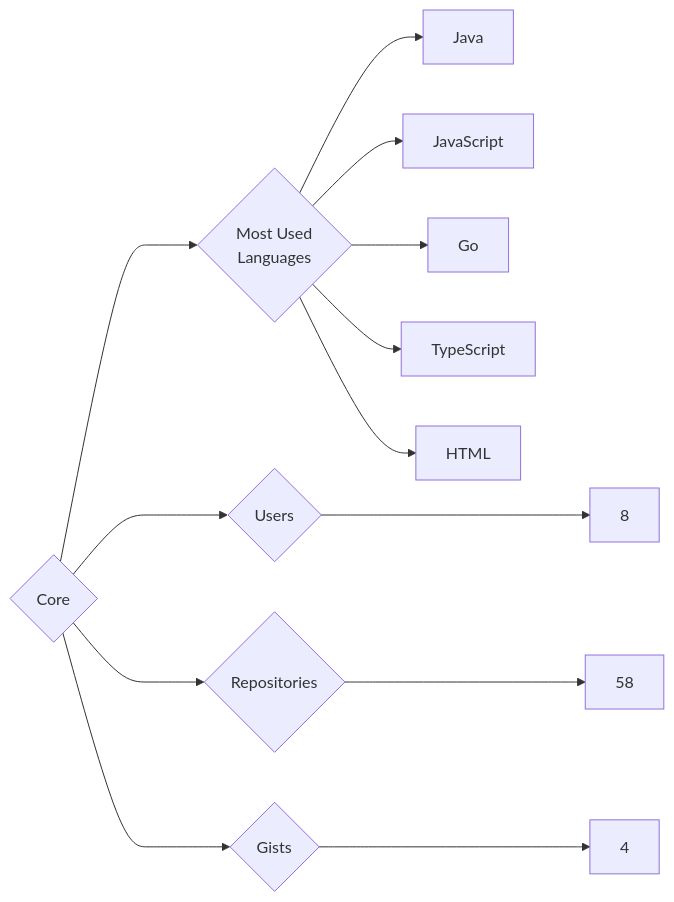
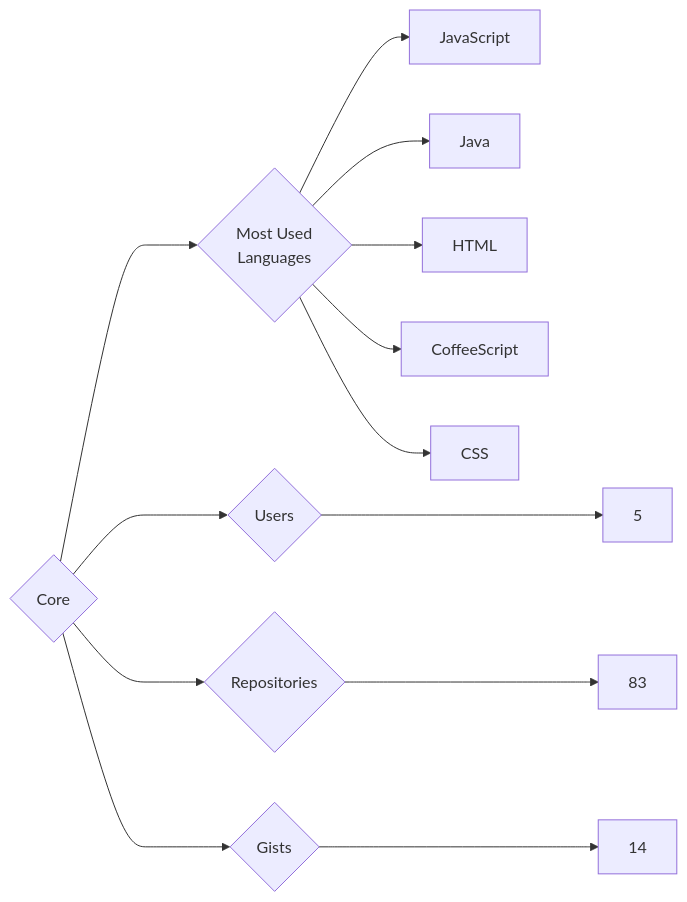
One commit to trickest/insiders changed the diagram in targets/Core/README.md. Above: the diagram before and after it, drawn with Mermaid. The commit also changed 1078 other files, not shown here.

````diff
--- a/targets/Core/README.md
+++ b/targets/Core/README.md
@@ -3,13 +3,13 @@
 ```mermaid
 graph LR
 COMPANY_NAME{Core}
-COMPANY_NAME ---> U{Users} ---> UN[8]
-COMPANY_NAME ---> R{Repositories} ---> RN[58]
-COMPANY_NAME ---> G{Gists} ---> GN[4]
+COMPANY_NAME ---> U{Users} ---> UN[5]
+COMPANY_NAME ---> R{Repositories} ---> RN[83]
+COMPANY_NAME ---> G{Gists} ---> GN[14]
 COMPANY_NAME ---> ML{Most Used<br>Languages}
+ML --> JavaScript[JavaScript]
 ML --> Java[Java]
-ML --> JavaScript[JavaScript]
-ML --> Go[Go]
-ML --> TypeScript[TypeScript]
 ML --> HTML[HTML]
+ML --> CoffeeScript[CoffeeScript]
+ML --> CSS[CSS]
 ```
````
